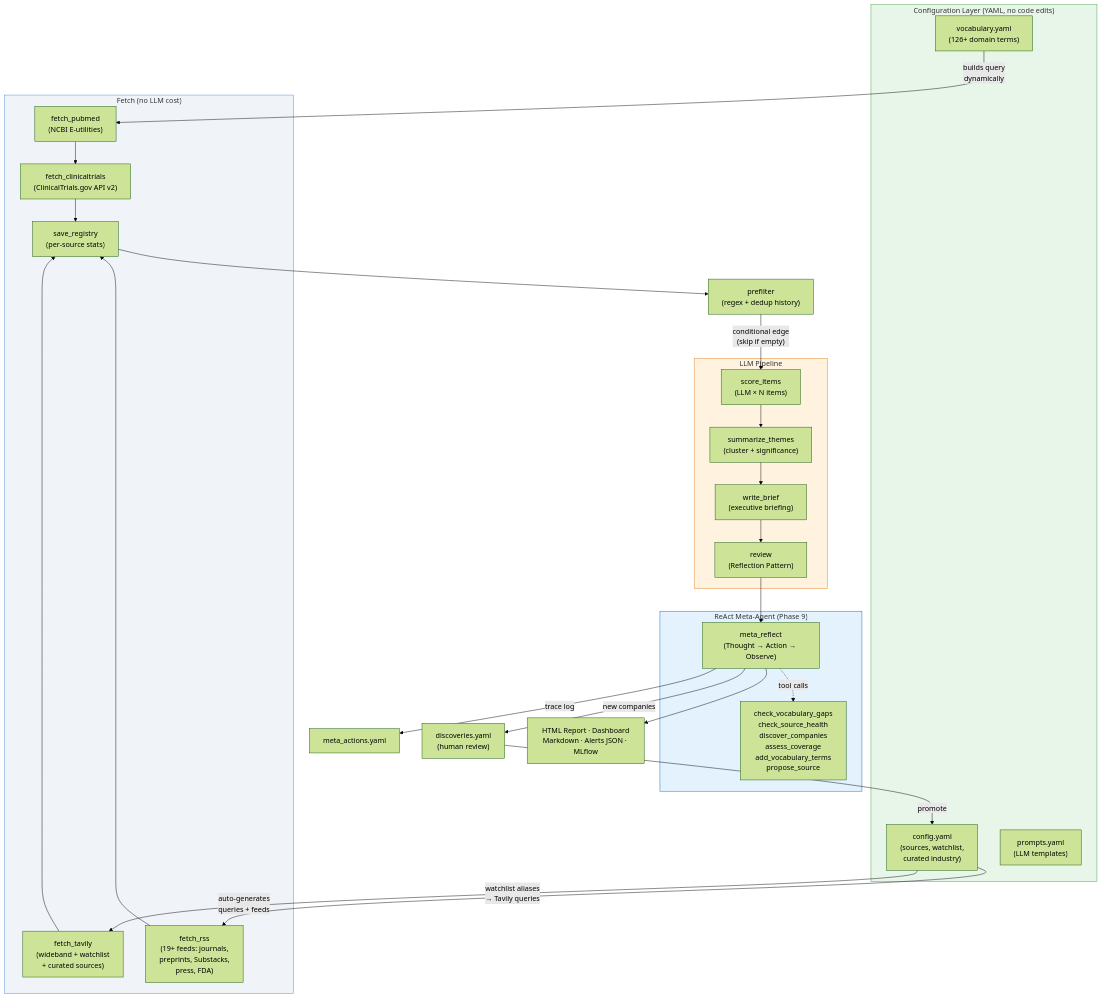
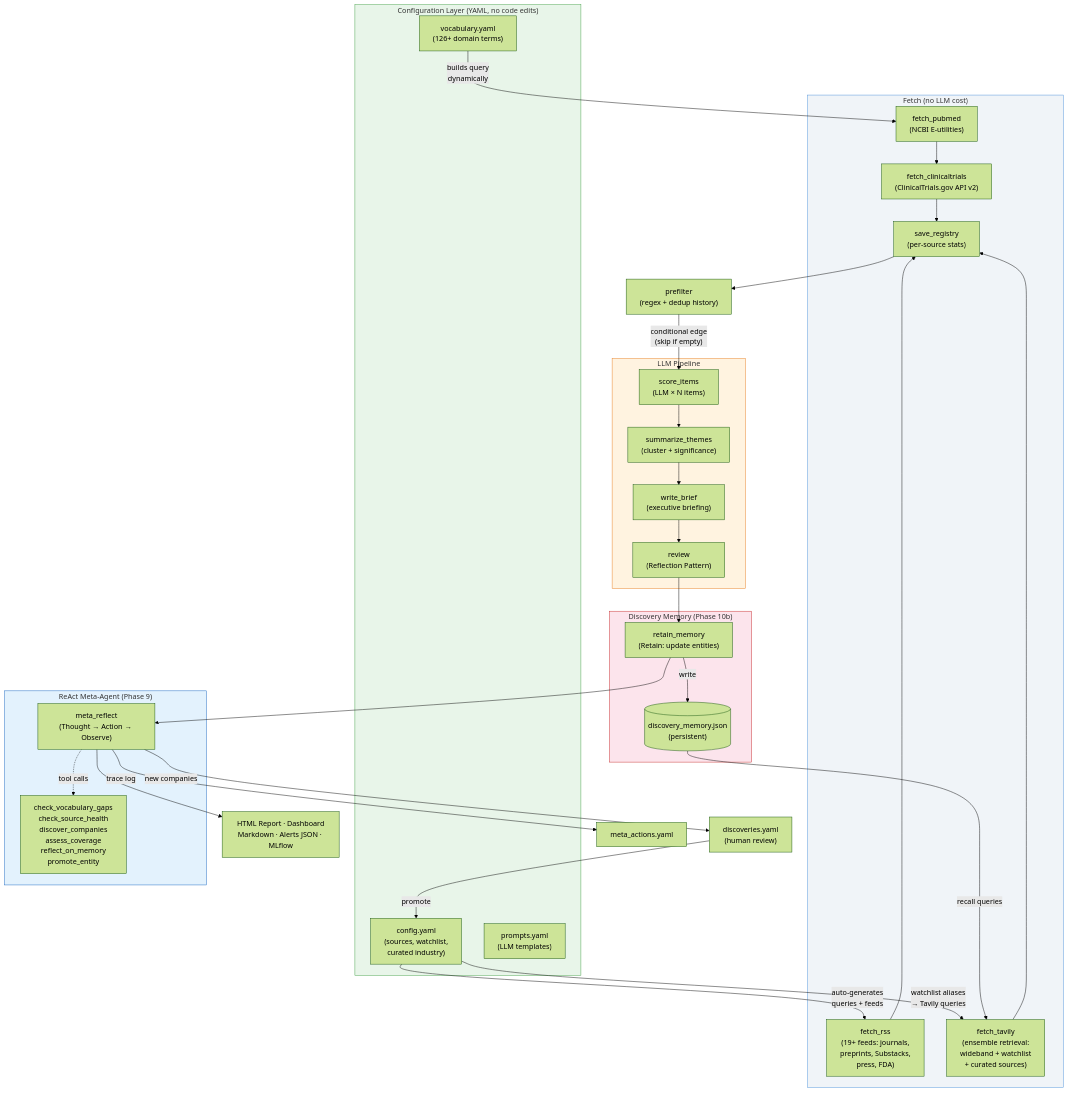
One commit to kgrajski/neurotech_newshound changed the first of 2 diagrams in README.md. Above: the diagram before and after it, drawn with Mermaid (forest theme). The commit also changed other lines of this file and 18 other files, not shown here.

First line of the commit message:
Phase 10: ensemble retrieval, discovery memory, daily cadence

````diff
--- a/README.md
+++ b/README.md
@@ -61,46 +62,56 @@
 ```mermaid
 flowchart TD
     subgraph config ["Configuration Layer (YAML, no code edits)"]
         V["vocabulary.yaml<br>(126+ domain terms)"]
         W["config.yaml<br>(sources, watchlist,<br>curated industry)"]
         P["prompts.yaml<br>(LLM templates)"]
     end
 
     V -->|"builds query<br>dynamically"| A
     W -->|"auto-generates<br>queries + feeds"| B
     W -->|"watchlist aliases<br>→ Tavily queries"| C
 
     subgraph fetch ["Fetch (no LLM cost)"]
         A["fetch_pubmed<br>(NCBI E-utilities)"] --> CT["fetch_clinicaltrials<br>(ClinicalTrials.gov API v2)"]
         CT --> D["save_registry<br>(per-source stats)"]
         B["fetch_rss<br>(19+ feeds: journals,<br>preprints, Substacks,<br>press, FDA)"] --> D
-        C["fetch_tavily<br>(wideband + watchlist<br>+ curated sources)"] --> D
+        C["fetch_tavily<br>(ensemble retrieval:<br>wideband + watchlist<br>+ curated sources)"] --> D
     end
 
     D --> E["prefilter<br>(regex + dedup history)"]
 
     E -->|"conditional edge<br>(skip if empty)"| F
 
     subgraph llm ["LLM Pipeline"]
         F["score_items<br>(LLM × N items)"] --> G["summarize_themes<br>(cluster + significance)"]
         G --> H["write_brief<br>(executive briefing)"]
         H --> I["review<br>(Reflection Pattern)"]
     end
 
-    I --> M
+    I --> RM
+
+    subgraph memory ["Discovery Memory (Phase 10b)"]
+        RM["retain_memory<br>(Retain: update entities)"]
+        DM[("discovery_memory.json<br>(persistent)")]
+        RM -->|"write"| DM
+        DM -->|"recall queries"| C
+    end
+
+    RM --> M
 
     subgraph react ["ReAct Meta-Agent (Phase 9)"]
         M["meta_reflect<br>(Thought → Action → Observe)"]
-        M -.->|"tool calls"| MT["check_vocabulary_gaps<br>check_source_health<br>discover_companies<br>assess_coverage<br>add_vocabulary_terms<br>propose_source"]
+        M -.->|"tool calls"| MT["check_vocabulary_gaps<br>check_source_health<br>discover_companies<br>assess_coverage<br>reflect_on_memory<br>promote_entity"]
     end
 
     M --> J["HTML Report · Dashboard<br>Markdown · Alerts JSON · MLflow"]
     M -->|"new companies"| K["discoveries.yaml<br>(human review)"]
     M -->|"trace log"| MA["meta_actions.yaml"]
     K -->|"promote"| W
 
     style config fill:#e8f5e9,stroke:#43a047
     style fetch fill:#f0f4f8,stroke:#4a90d9
     style llm fill:#fff3e0,stroke:#e67e22
+    style memory fill:#fce4ec,stroke:#c62828
     style react fill:#e3f2fd,stroke:#1565c0
 ```
````
